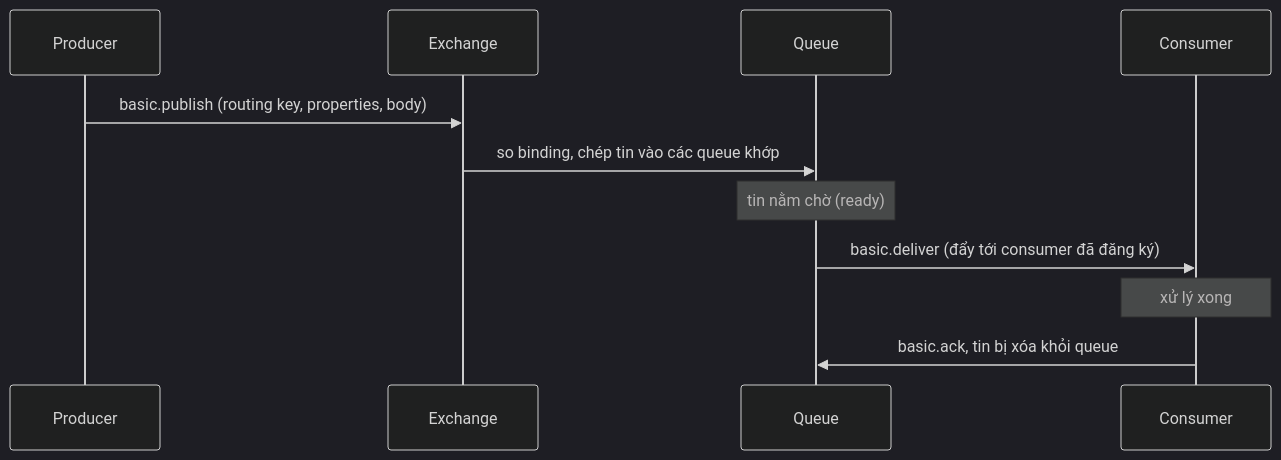
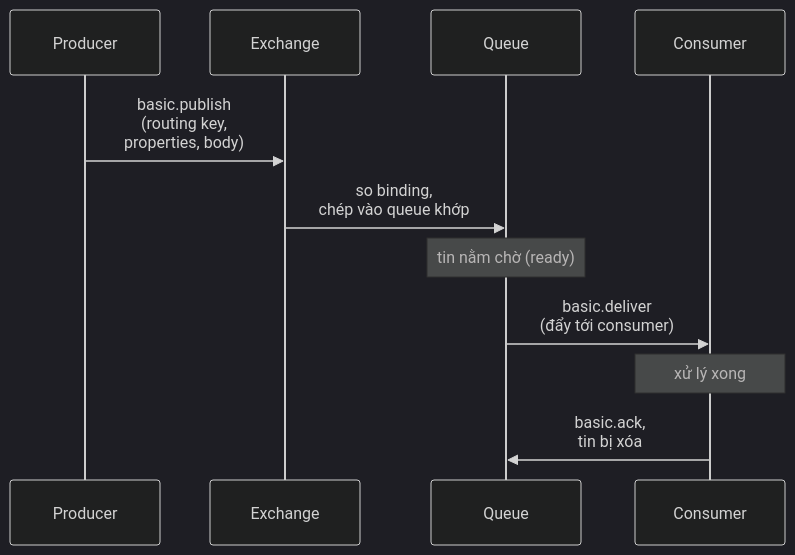
One commit to duongbui234/software-engineering-atlas changed the second of 2 diagrams in content/posts/2026-11-21-rabbitmq-amqp-model.md. Above: the diagram before and after it, drawn with Mermaid (dark theme). The commit also changed 18 other files, not shown here.

First line of the commit message:
MQ-03 exchange-type comparison, and readable Mermaid diagrams (#6)

````diff
--- a/content/posts/2026-11-21-rabbitmq-amqp-model.md
+++ b/content/posts/2026-11-21-rabbitmq-amqp-model.md
@@ -183,13 +183,13 @@
 ```mermaid
 sequenceDiagram
     participant P as Producer
     participant X as Exchange
     participant Q as Queue
     participant C as Consumer
-    P->>X: basic.publish (routing key, properties, body)
-    X->>Q: so binding, chép tin vào các queue khớp
+    P->>X: basic.publish<br/>(routing key,<br/>properties, body)
+    X->>Q: so binding,<br/>chép vào queue khớp
     Note over Q: tin nằm chờ (ready)
-    Q->>C: basic.deliver (đẩy tới consumer đã đăng ký)
+    Q->>C: basic.deliver<br/>(đẩy tới consumer)
     Note over C: xử lý xong
-    C->>Q: basic.ack, tin bị xóa khỏi queue
+    C->>Q: basic.ack,<br/>tin bị xóa
 ```
````
